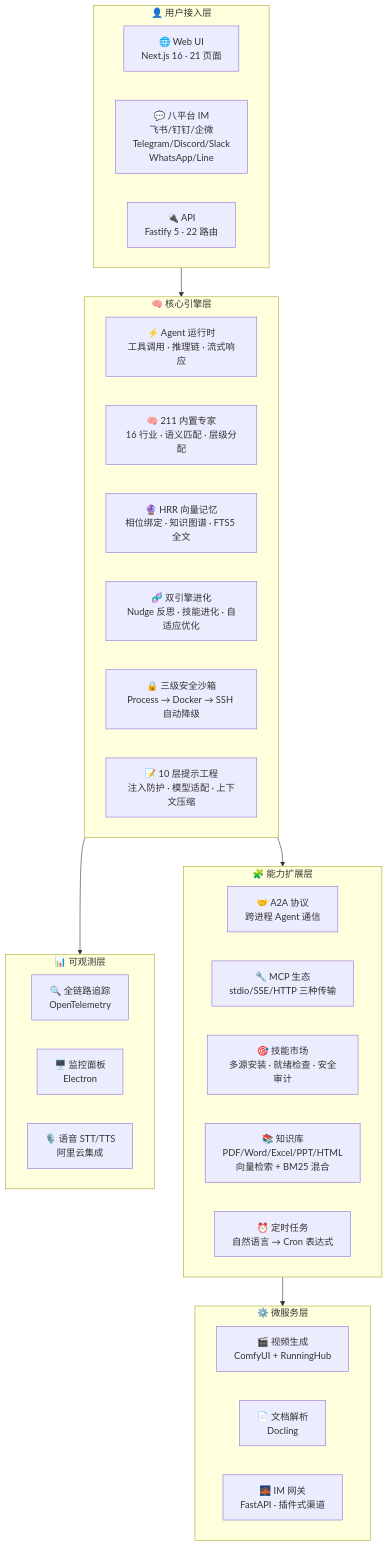
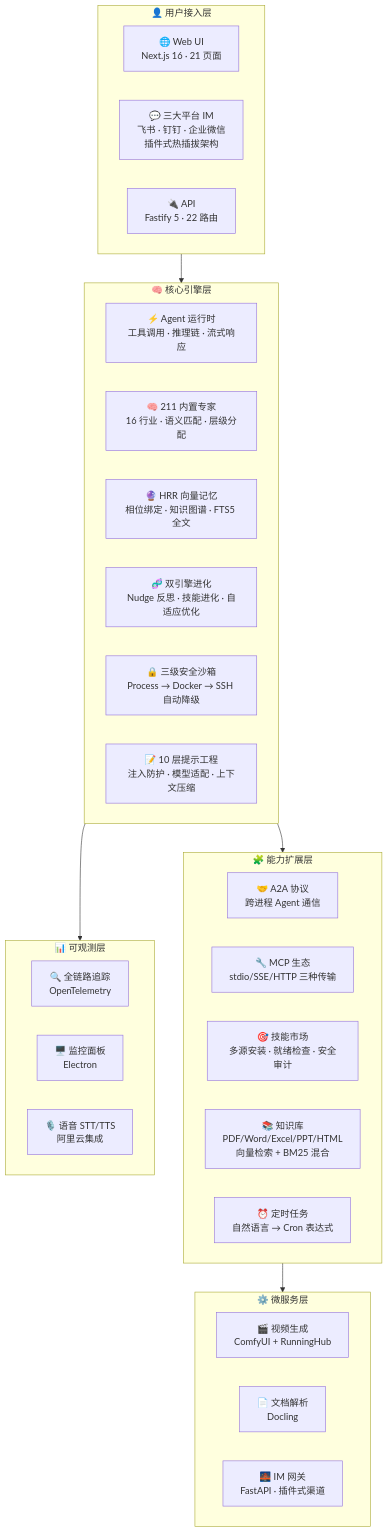
The diagram in README.md (Louis830903/Super-Loong), drawn with Mermaid before and after one commit. The commit also changed other lines of this file, not shown here.

Commit message:
[docs] 修正IM渠道数量：八平台→三平台（飞书/钉钉/企业微信）

````diff
--- a/README.md
+++ b/README.md
@@ -64,42 +64,42 @@
 ```mermaid
 graph TB
     subgraph 用户层["👤 用户接入层"]
         WebUI["🌐 Web UI<br/>Next.js 16 · 21 页面"]
-        IM["💬 八平台 IM<br/>飞书/钉钉/企微<br/>Telegram/Discord/Slack<br/>WhatsApp/Line"]
+        IM["💬 三大平台 IM<br/>飞书 · 钉钉 · 企业微信<br/>插件式热插拔架构"]
         API["🔌 API<br/>Fastify 5 · 22 路由"]
     end
 
     subgraph 核心层["🧠 核心引擎层"]
         Runtime["⚡ Agent 运行时<br/>工具调用 · 推理链 · 流式响应"]
         Experts["🧠 211 内置专家<br/>16 行业 · 语义匹配 · 层级分配"]
         Memory["🔮 HRR 向量记忆<br/>相位绑定 · 知识图谱 · FTS5 全文"]
         Evolution["🧬 双引擎进化<br/>Nudge 反思 · 技能进化 · 自适应优化"]
         Sandbox["🔒 三级安全沙箱<br/>Process → Docker → SSH 自动降级"]
         Prompt["📝 10 层提示工程<br/>注入防护 · 模型适配 · 上下文压缩"]
     end
 
     subgraph 能力层["🧩 能力扩展层"]
         A2A["🤝 A2A 协议<br/>跨进程 Agent 通信"]
         MCP["🔧 MCP 生态<br/>stdio/SSE/HTTP 三种传输"]
         Skills["🎯 技能市场<br/>多源安装 · 就绪检查 · 安全审计"]
         KB["📚 知识库<br/>PDF/Word/Excel/PPT/HTML<br/>向量检索 + BM25 混合"]
         Cron["⏰ 定时任务<br/>自然语言 → Cron 表达式"]
     end
 
     subgraph 服务层["⚙️ 微服务层"]
         Video["🎬 视频生成<br/>ComfyUI + RunningHub"]
         KBParser["📄 文档解析<br/>Docling"]
         Gateway["🌉 IM 网关<br/>FastAPI · 插件式渠道"]
     end
 
     subgraph 观测层["📊 可观测层"]
         Tracing["🔍 全链路追踪<br/>OpenTelemetry"]
         Monitor["🖥️ 监控面板<br/>Electron"]
         TTS["🎙️ 语音 STT/TTS<br/>阿里云集成"]
     end
 
     用户层 --> 核心层
     核心层 --> 能力层
     能力层 --> 服务层
     核心层 --> 观测层
 ```
````
